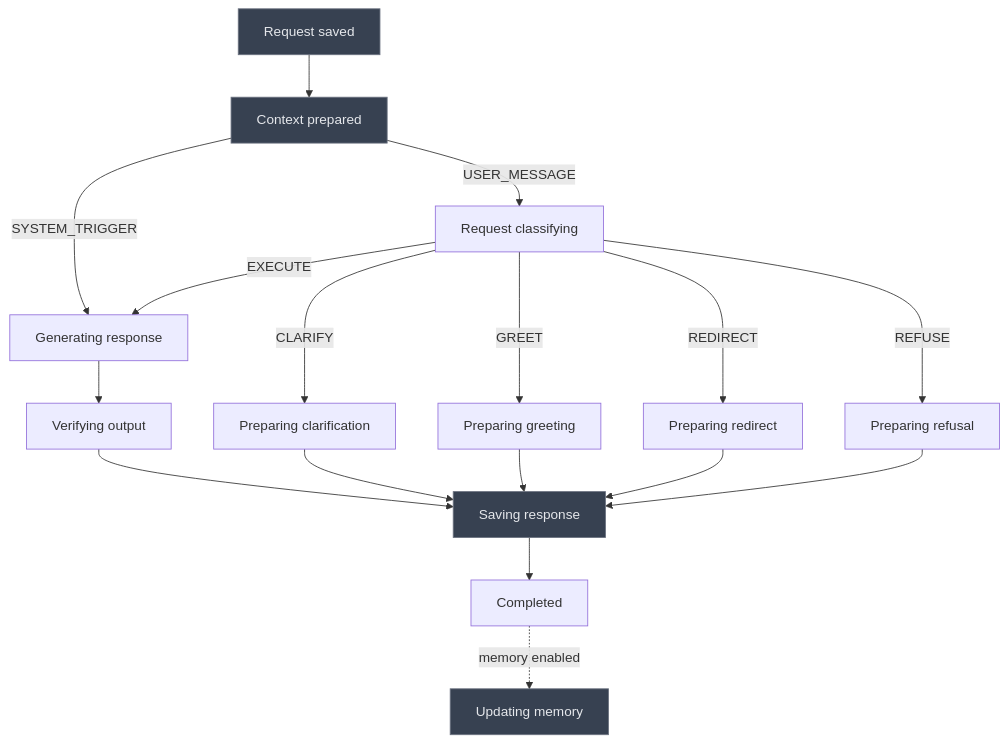
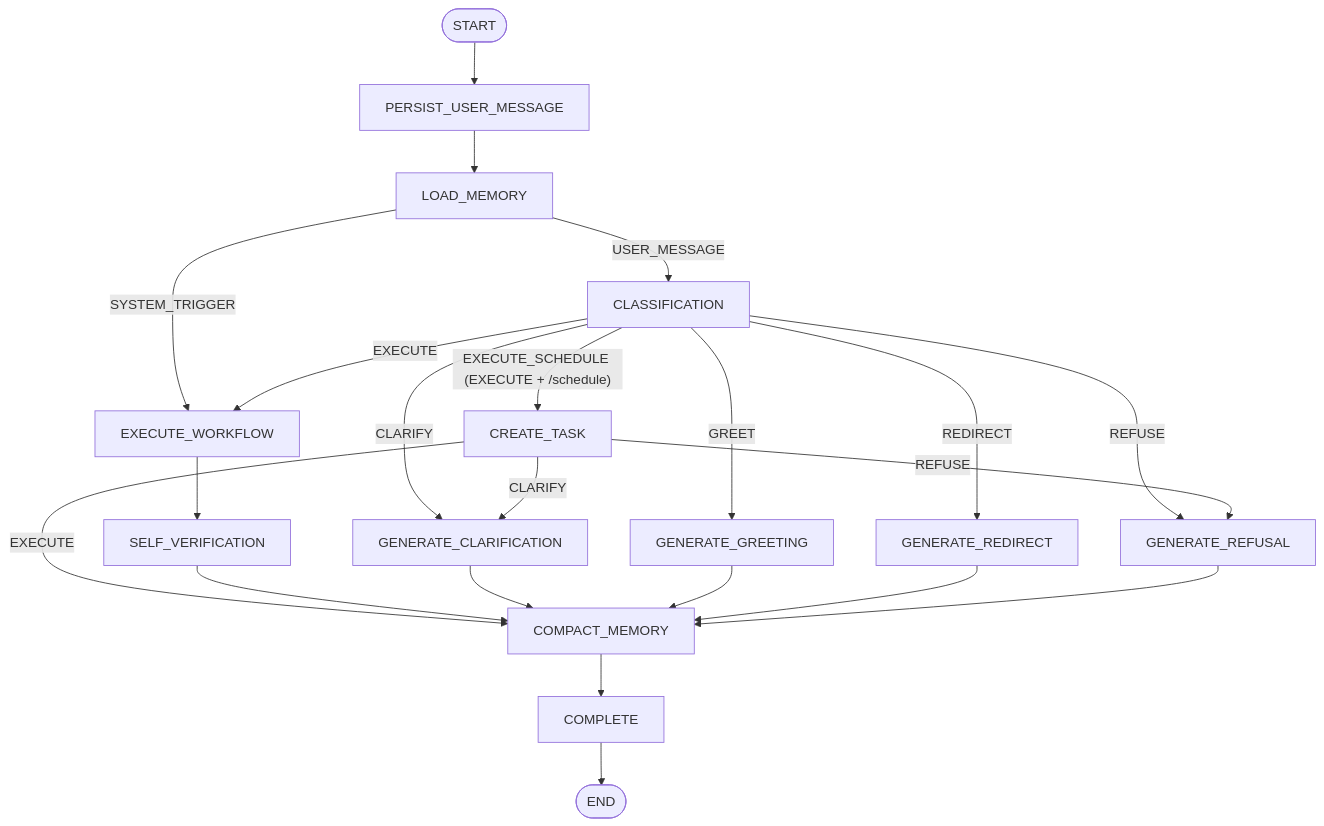
Before and after one commit to melmedany/workflow-ai: the second of 5 diagrams in README.md, drawn with Mermaid. The commit also changed other lines of this file and 1 other file, not shown here.

````diff
--- a/README.md
+++ b/README.md
@@ -76,21 +148,24 @@
 ```mermaid
 flowchart TD
-    PERSIST_USER_MESSAGE["Request saved"] --> LOAD_MEMORY["Context prepared"]
-    LOAD_MEMORY -->|USER_MESSAGE| CLASSIFICATION["Request classifying"]
-    LOAD_MEMORY -->|SYSTEM_TRIGGER| EXECUTE_WORKFLOW["Generating response"]
-    CLASSIFICATION -->|EXECUTE| EXECUTE_WORKFLOW["Generating response"]
-    CLASSIFICATION -->|CLARIFY| GENERATE_CLARIFICATION["Preparing clarification"]
-    CLASSIFICATION -->|GREET| GENERATE_GREETING["Preparing greeting"]
-    CLASSIFICATION -->|REDIRECT| GENERATE_REDIRECT["Preparing redirect"]
-    CLASSIFICATION -->|REFUSE| GENERATE_REFUSAL["Preparing refusal"]
-    EXECUTE_WORKFLOW --> SELF_VERIFICATION["Verifying output"]
-    SELF_VERIFICATION --> PERSIST_RESPONSE["Saving response"]
-    GENERATE_CLARIFICATION --> PERSIST_RESPONSE
-    GENERATE_GREETING --> PERSIST_RESPONSE
-    GENERATE_REDIRECT --> PERSIST_RESPONSE
-    GENERATE_REFUSAL --> PERSIST_RESPONSE
-    PERSIST_RESPONSE --> COMPLETE["Completed"]
-    COMPLETE -. memory enabled .-> COMPACT_MEMORY["Updating memory"]
-    classDef infrastructure fill:#374151,stroke:#6b7280,color:#e5e7eb
-    class PERSIST_USER_MESSAGE,LOAD_MEMORY,PERSIST_RESPONSE,COMPACT_MEMORY infrastructure
+    GRAPH_START([START]) --> PERSIST_USER_MESSAGE[PERSIST_USER_MESSAGE]
+    PERSIST_USER_MESSAGE --> LOAD_MEMORY[LOAD_MEMORY]
+    LOAD_MEMORY -->|USER_MESSAGE| CLASSIFICATION[CLASSIFICATION]
+    LOAD_MEMORY -->|SYSTEM_TRIGGER| EXECUTE_WORKFLOW[EXECUTE_WORKFLOW]
+    CLASSIFICATION -->|EXECUTE| EXECUTE_WORKFLOW
+    CLASSIFICATION -->|" EXECUTE_SCHEDULE (EXECUTE + /schedule) "| CREATE_TASK[CREATE_TASK]
+    CLASSIFICATION -->|CLARIFY| GENERATE_CLARIFICATION[GENERATE_CLARIFICATION]
+    CLASSIFICATION -->|GREET| GENERATE_GREETING[GENERATE_GREETING]
+    CLASSIFICATION -->|REDIRECT| GENERATE_REDIRECT[GENERATE_REDIRECT]
+    CLASSIFICATION -->|REFUSE| GENERATE_REFUSAL[GENERATE_REFUSAL]
+    CREATE_TASK -->|EXECUTE| COMPACT_MEMORY[COMPACT_MEMORY]
+    CREATE_TASK -->|CLARIFY| GENERATE_CLARIFICATION
+    CREATE_TASK -->|REFUSE| GENERATE_REFUSAL
+    EXECUTE_WORKFLOW --> SELF_VERIFICATION[SELF_VERIFICATION]
+    SELF_VERIFICATION --> COMPACT_MEMORY
+    GENERATE_CLARIFICATION --> COMPACT_MEMORY
+    GENERATE_GREETING --> COMPACT_MEMORY
+    GENERATE_REDIRECT --> COMPACT_MEMORY
+    GENERATE_REFUSAL --> COMPACT_MEMORY
+    COMPACT_MEMORY --> COMPLETE[COMPLETE]
+    COMPLETE --> GRAPH_END([END])
 ```
````
